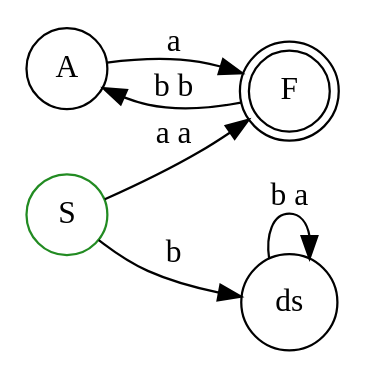
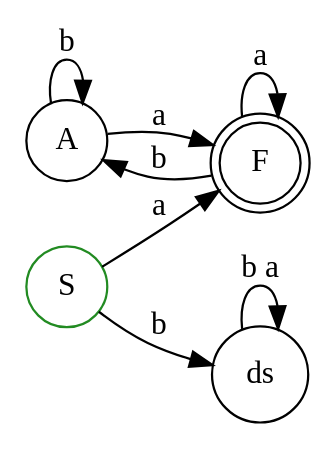
One commit to morazanm/fsm changed the diagram in GraphViz/test.dot. Above: the diagram before and after it, drawn with Graphviz. The commit also changed 1 other file, not shown here.

```diff
--- a/GraphViz/test.dot
+++ b/GraphViz/test.dot
@@ -1,12 +1,14 @@
 digraph aStara {
     rankdir="LR";
     A [label="A", shape="circle", color="black"];
     F [label="F", shape="doublecircle", color="black"];
     S [label="S", shape="circle", color="forestgreen"];
     ds [label="ds", shape="circle", color="black"];
     S -> ds [label="b", color="black"];
     ds -> ds [label="b a", color="black"];
+    A -> A [label="b", color="black"];
     A -> F [label="a", color="black"];
-    F -> A [label="b b", color="black"];
-    S -> F [label="a a", color="black"];
+    F -> A [label="b", color="black"];
+    F -> F [label="a", color="black"];
+    S -> F [label="a", color="black"];
 }
```
